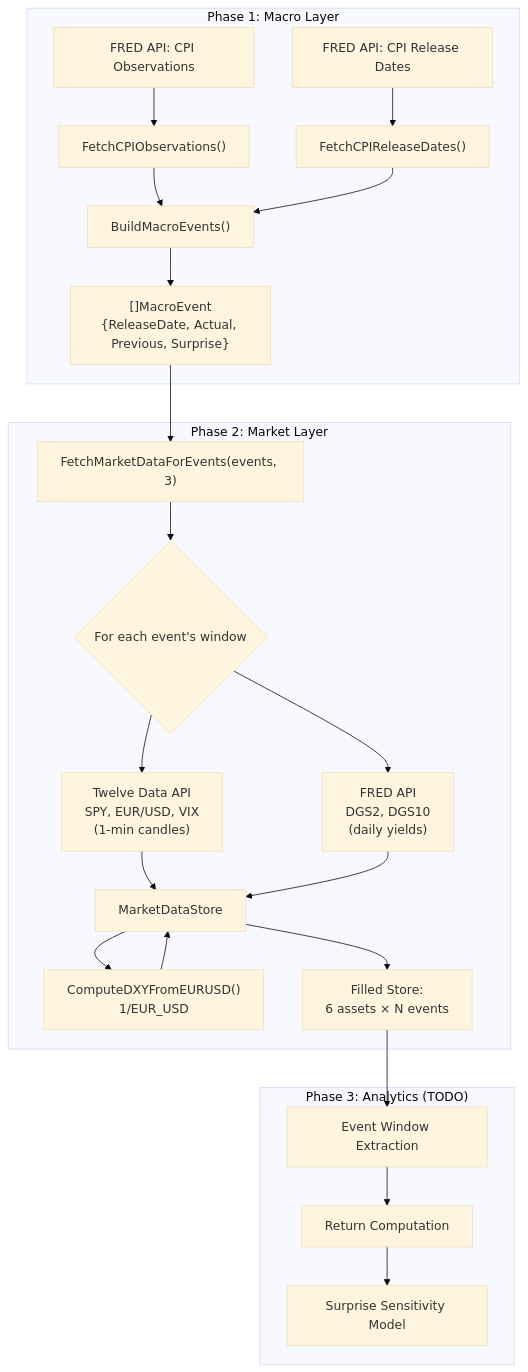
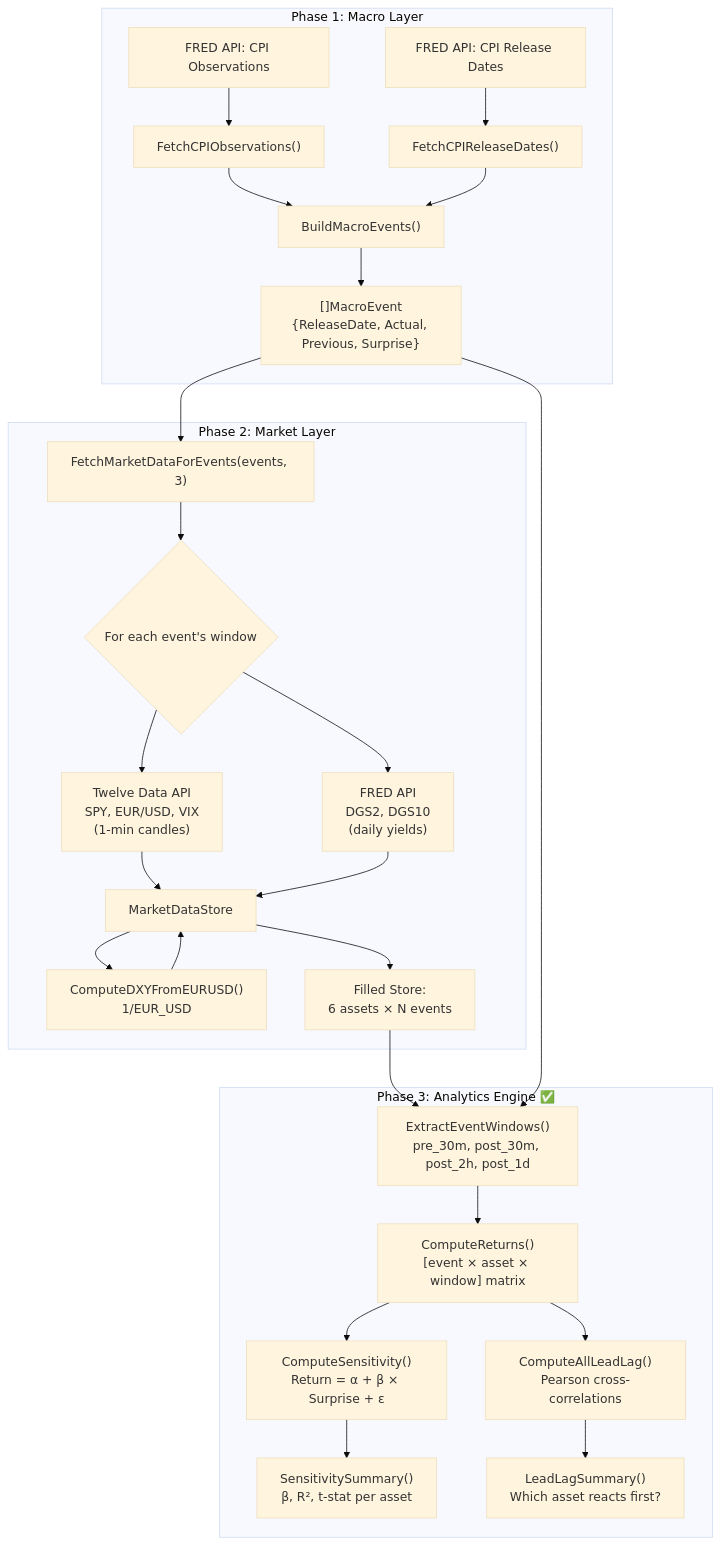
The fourth of 5 diagrams in walkthrough.md (Srijansarkar17/Real-Time-Macro-Event-Impact-Tracker), drawn with Mermaid (base theme) before and after one commit. The commit also changed other lines of this file and 6 other files, not shown here.

Commit message:
phase 3 done analytics engine done

````diff
--- a/walkthrough.md
+++ b/walkthrough.md
@@ -382,28 +543,32 @@
 ```mermaid
 flowchart TD
     subgraph "Phase 1: Macro Layer"
         A[FRED API: CPI Observations] --> B["FetchCPIObservations()"]
         C[FRED API: CPI Release Dates] --> D["FetchCPIReleaseDates()"]
         B --> E["BuildMacroEvents()"]
         D --> E
         E --> F["[]MacroEvent\n{ReleaseDate, Actual, Previous, Surprise}"]
     end
 
     subgraph "Phase 2: Market Layer"
         F --> G["FetchMarketDataForEvents(events, 3)"]
         G --> H{"For each event's window"}
         H --> I["Twelve Data API\nSPY, EUR/USD, VIX\n(1-min candles)"]
         H --> J["FRED API\nDGS2, DGS10\n(daily yields)"]
         I --> K[MarketDataStore]
         J --> K
         K --> L["ComputeDXYFromEURUSD()\n1/EUR_USD"]
         L --> K
         K --> M["Filled Store:\n6 assets × N events"]
     end
 
-    subgraph "Phase 3: Analytics (TODO)"
-        M --> N[Event Window Extraction]
-        N --> O[Return Computation]
-        O --> P[Surprise Sensitivity Model]
+    subgraph "Phase 3: Analytics Engine ✅"
+        M --> N["ExtractEventWindows()\npre_30m, post_30m, post_2h, post_1d"]
+        F --> N
+        N --> O["ComputeReturns()\n[event × asset × window] matrix"]
+        O --> P["ComputeSensitivity()\nReturn = α + β × Surprise + ε"]
+        O --> Q["ComputeAllLeadLag()\nPearson cross-correlations"]
+        P --> R["SensitivitySummary()\nβ, R², t-stat per asset"]
+        Q --> S["LeadLagSummary()\nWhich asset reacts first?"]
     end
 ```
````
